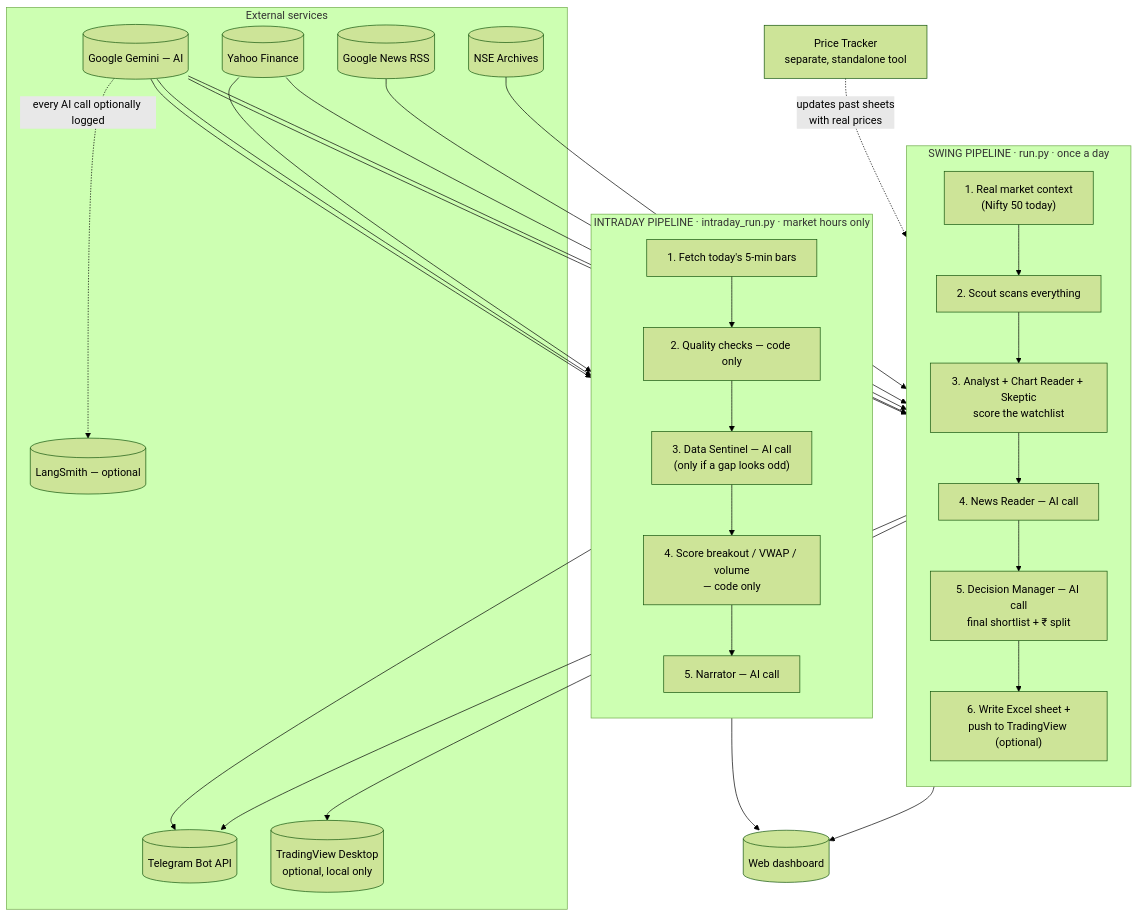
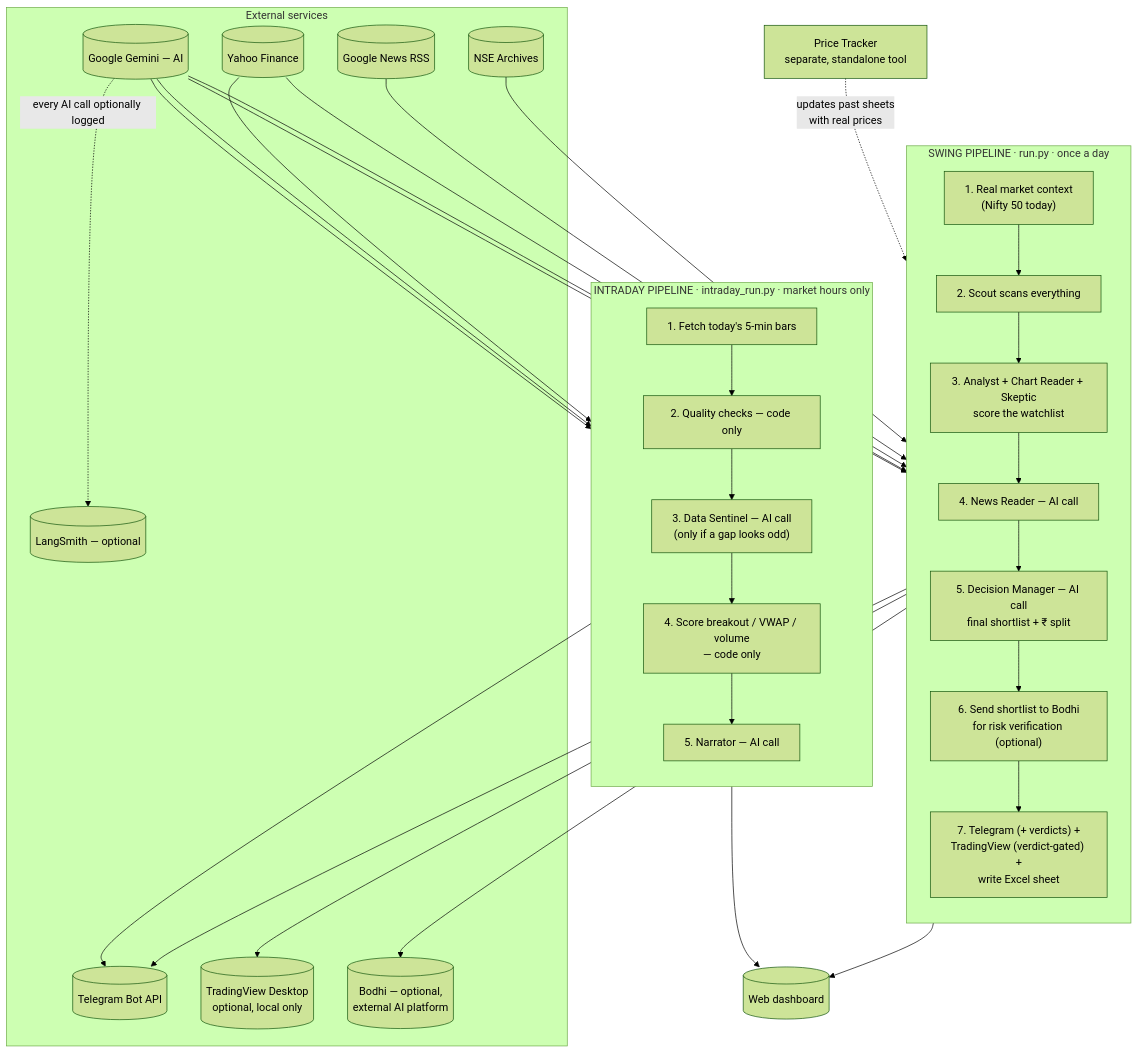
Before and after one commit to Diksha20Bhatia/ai-equity-analyst: the fourth of 4 diagrams in PROJECT_OVERVIEW.md, drawn with Mermaid (forest theme). The commit also changed other lines of this file and 14 other files, not shown here.

````diff
--- a/PROJECT_OVERVIEW.md
+++ b/PROJECT_OVERVIEW.md
@@ -197,47 +197,50 @@
 ```mermaid
 flowchart TB
     subgraph Sources["External services"]
         Yahoo[("Yahoo Finance")]
         News[("Google News RSS")]
         NSEArc[("NSE Archives")]
         Gemini[("Google Gemini — AI")]
         Telegram[("Telegram Bot API")]
         LS[("LangSmith — optional")]
         TV[("TradingView Desktop<br/>optional, local only")]
+        BodhiSvc[("Bodhi — optional,<br/>external AI platform")]
     end
 
     subgraph Swing["SWING PIPELINE  ·  run.py  ·  once a day"]
         direction TB
         S1["1. Real market context<br/>(Nifty 50 today)"]
         S2["2. Scout scans everything"]
         S3["3. Analyst + Chart Reader + Skeptic<br/>score the watchlist"]
         S4["4. News Reader — AI call"]
         S5["5. Decision Manager — AI call<br/>final shortlist + ₹ split"]
-        S6["6. Write Excel sheet +<br/>push to TradingView (optional)"]
-        S1 --> S2 --> S3 --> S4 --> S5 --> S6
+        S6["6. Send shortlist to Bodhi<br/>for risk verification (optional)"]
+        S7["7. Telegram (+ verdicts) +<br/>TradingView (verdict-gated) +<br/>write Excel sheet"]
+        S1 --> S2 --> S3 --> S4 --> S5 --> S6 --> S7
     end
 
     subgraph Intraday["INTRADAY PIPELINE  ·  intraday_run.py  ·  market hours only"]
         direction TB
         I1["1. Fetch today's 5-min bars"]
         I2["2. Quality checks — code only"]
         I3["3. Data Sentinel — AI call<br/>(only if a gap looks odd)"]
         I4["4. Score breakout / VWAP / volume<br/>— code only"]
         I5["5. Narrator — AI call"]
         I1 --> I2 --> I3 --> I4 --> I5
     end
 
     Yahoo & News & NSEArc --> Swing
     Yahoo --> Intraday
     Gemini --> S4
     Gemini --> S5
     Gemini --> I3
     Gemini --> I5
     Swing --> Telegram
     Intraday --> Telegram
-    S6 --> TV
+    S6 --> BodhiSvc
+    S7 --> TV
     Swing --> Dash[("Web dashboard")]
     Intraday --> Dash
     Tracker["Price Tracker<br/>separate, standalone tool"] -.->|updates past sheets<br/>with real prices| S6
     Gemini -.->|every AI call optionally logged| LS
 ```
````
